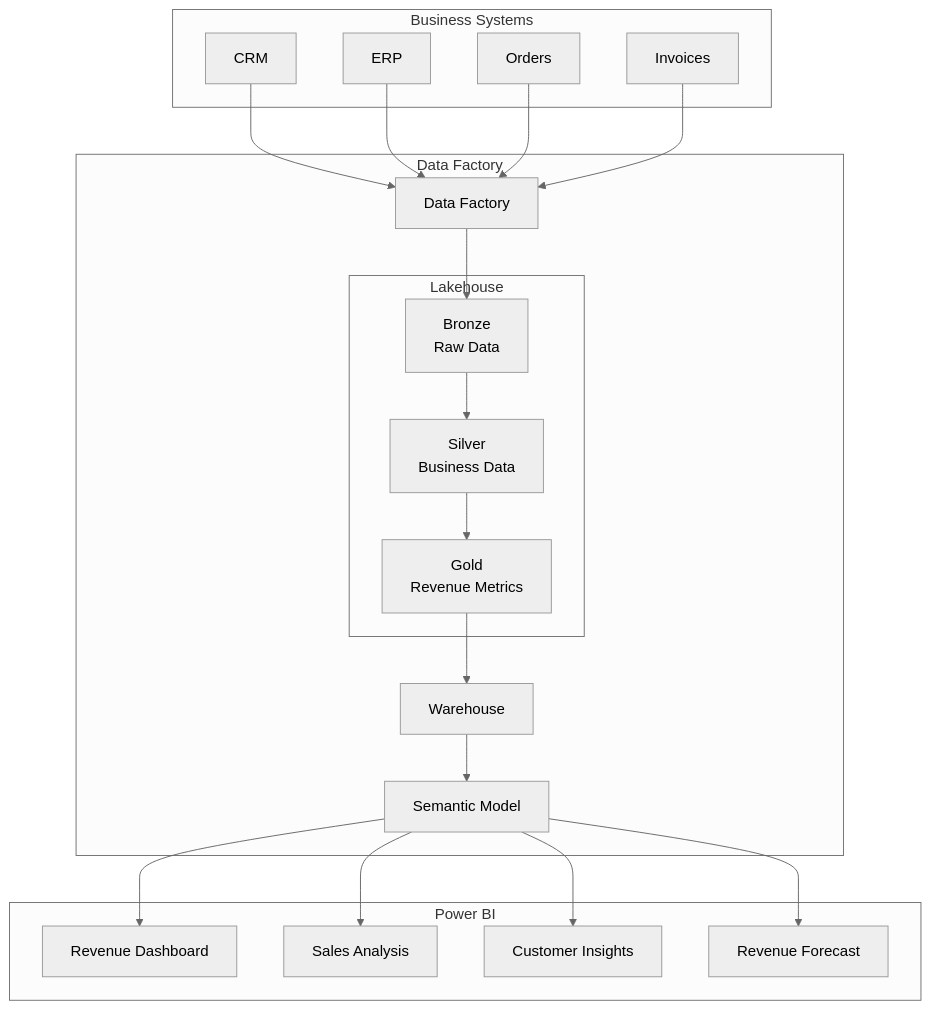
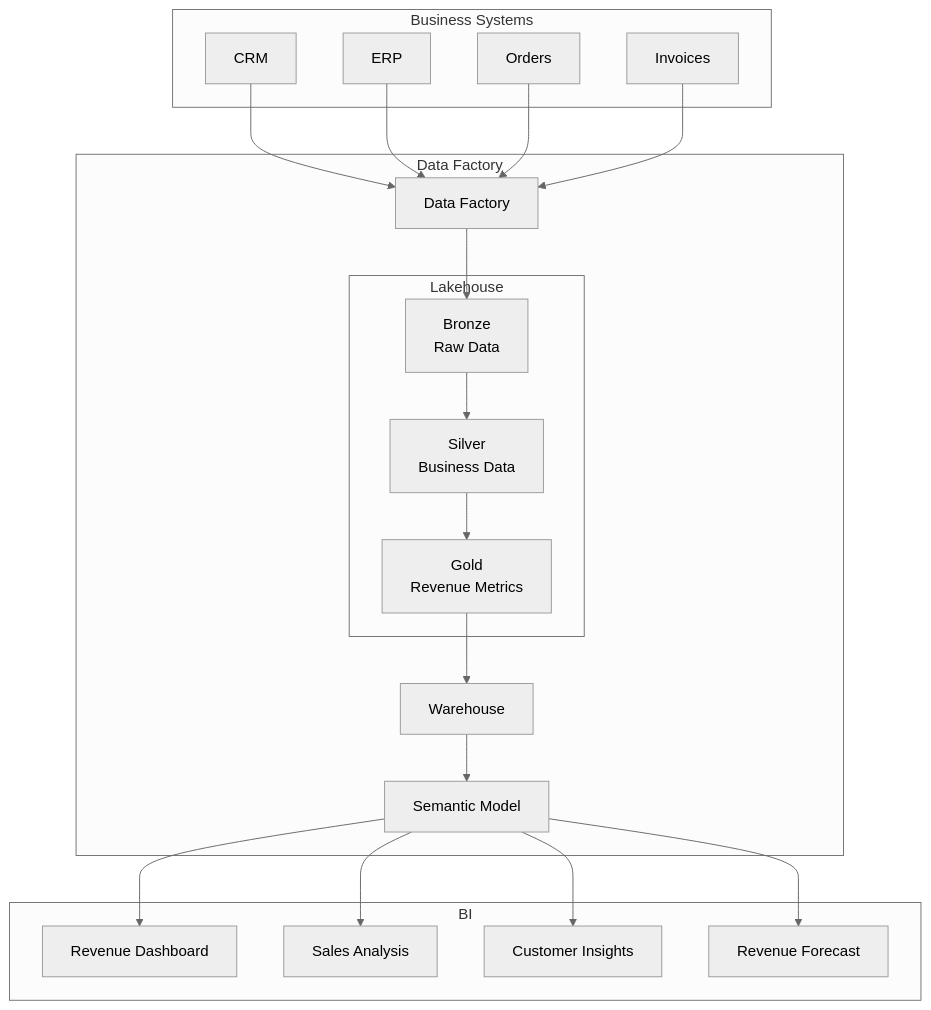
Before and after one commit to Solveright/Revenue-Visibility: the diagram in README.md, drawn with Mermaid (neutral theme).

````diff
--- a/README.md
+++ b/README.md
@@ -16,47 +16,47 @@
 ```mermaid
 flowchart TB
 
     subgraph Sources["Business Systems"]
         CRM["CRM"]
         ERP["ERP"]
         Orders["Orders"]
         Invoices["Invoices"]
     end
 
     subgraph Data Factory
         DF["Data Factory"]
 
         subgraph Lakehouse["Lakehouse"]
             Bronze["Bronze<br/>Raw Data"]
             Silver["Silver<br/>Business Data"]
             Gold["Gold<br/>Revenue Metrics"]
         end
 
         WH["Warehouse"]
         SM["Semantic Model"]
     end
 
-    subgraph BI["Power BI"]
+    subgraph BI["BI"]
         Revenue["Revenue Dashboard"]
         Sales["Sales Analysis"]
         Customer["Customer Insights"]
         Forecast["Revenue Forecast"]
     end
 
     CRM --> DF
     ERP --> DF
     Orders --> DF
     Invoices --> DF
 
     DF --> Bronze
     Bronze --> Silver
     Silver --> Gold
 
     Gold --> WH
     WH --> SM
 
     SM --> Revenue
     SM --> Sales
     SM --> Customer
     SM --> Forecast
 ```
````
